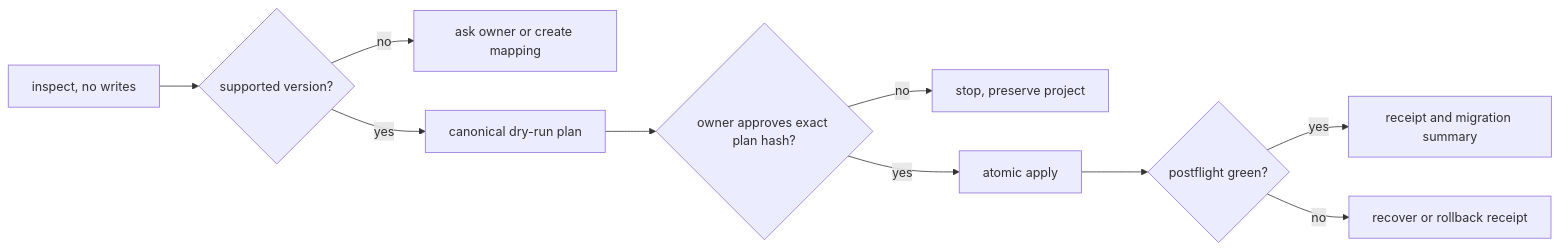
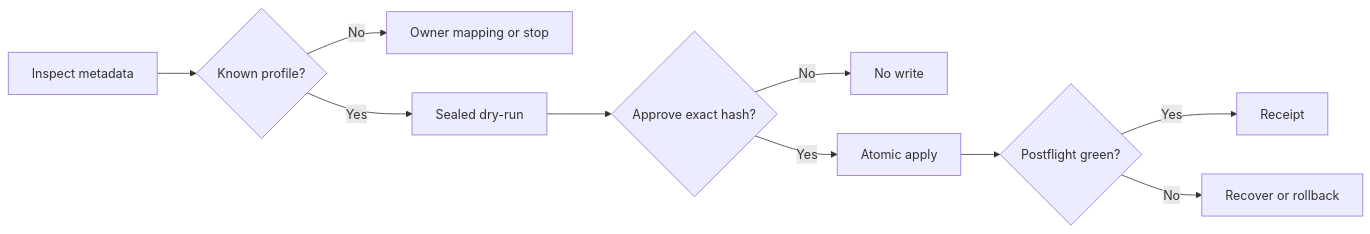
The diagram in internal/owledge/plans/owledge-versioned-migration-hybrid-plan.md (elmokirk/owledge), drawn with Mermaid before and after one commit. The commit also changed other lines of this file and 2 other files, not shown here.

Commit message:
docs(plan): finalize migration skill guidance

````diff
--- a/internal/owledge/plans/owledge-versioned-migration-hybrid-plan.md
+++ b/internal/owledge/plans/owledge-versioned-migration-hybrid-plan.md
@@ -136,12 +139,12 @@
 ```mermaid
 flowchart LR
-  I[inspect, no writes] --> V{supported version?}
-  V -->|no| Q[ask owner or create mapping]
-  V -->|yes| P[canonical dry-run plan]
-  P --> H{owner approves exact plan hash?}
-  H -->|no| S[stop, preserve project]
-  H -->|yes| A[atomic apply]
-  A --> C{postflight green?}
-  C -->|yes| R[receipt and migration summary]
-  C -->|no| B[recover or rollback receipt]
+  I[Inspect metadata] --> V{Known profile?}
+  V -->|No| Q[Owner mapping or stop]
+  V -->|Yes| P[Sealed dry-run]
+  P --> H{Approve exact hash?}
+  H -->|No| S[No write]
+  H -->|Yes| A[Atomic apply]
+  A --> C{Postflight green?}
+  C -->|Yes| R[Receipt]
+  C -->|No| B[Recover or rollback]
 ```
````
